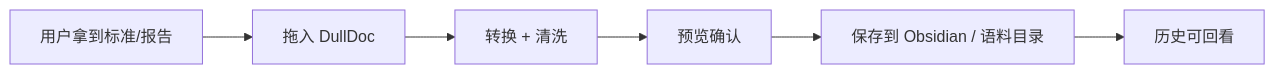
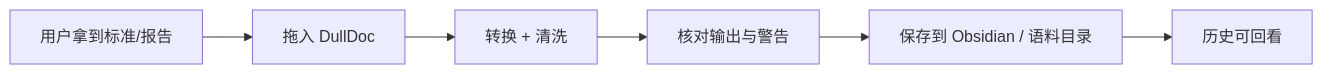
Diagram 13 of 21 in docs/superpowers/软件功能设计说明.md (987763485/ManoDoc), drawn with Mermaid before and after one commit. The commit also changed other lines of this file and 25 other files, not shown here.

````diff
--- a/docs/superpowers/软件功能设计说明.md
+++ b/docs/superpowers/软件功能设计说明.md
@@ -421,8 +424,8 @@
 ```mermaid
 flowchart LR
   A["用户拿到标准/报告"] --> B["拖入 DullDoc"]
   B --> C["转换 + 清洗"]
-  C --> D["预览确认"]
+  C --> D["核对输出与警告"]
   D --> E["保存到 Obsidian / 语料目录"]
   E --> F["历史可回看"]
 ```
````
